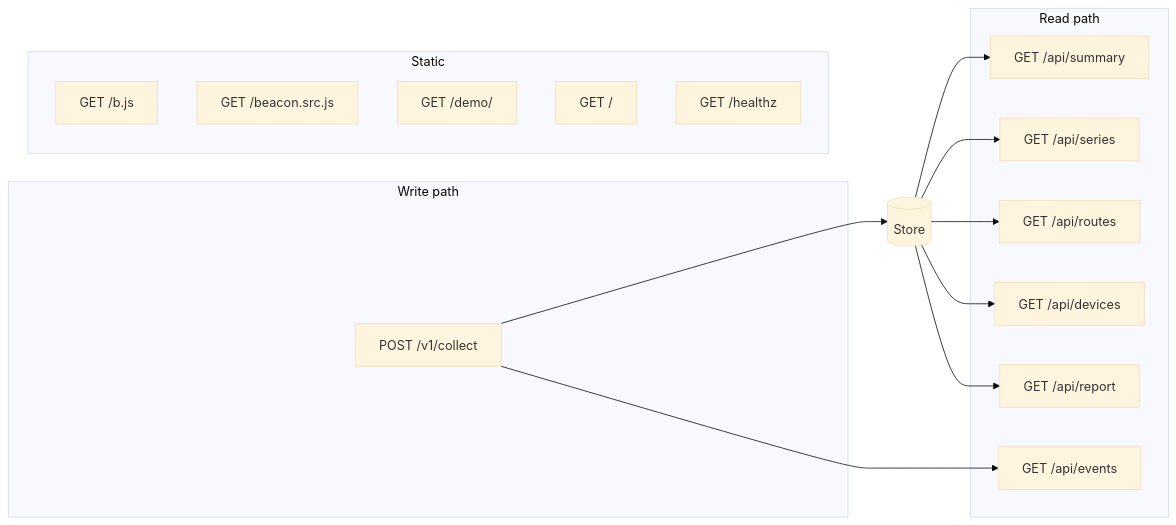
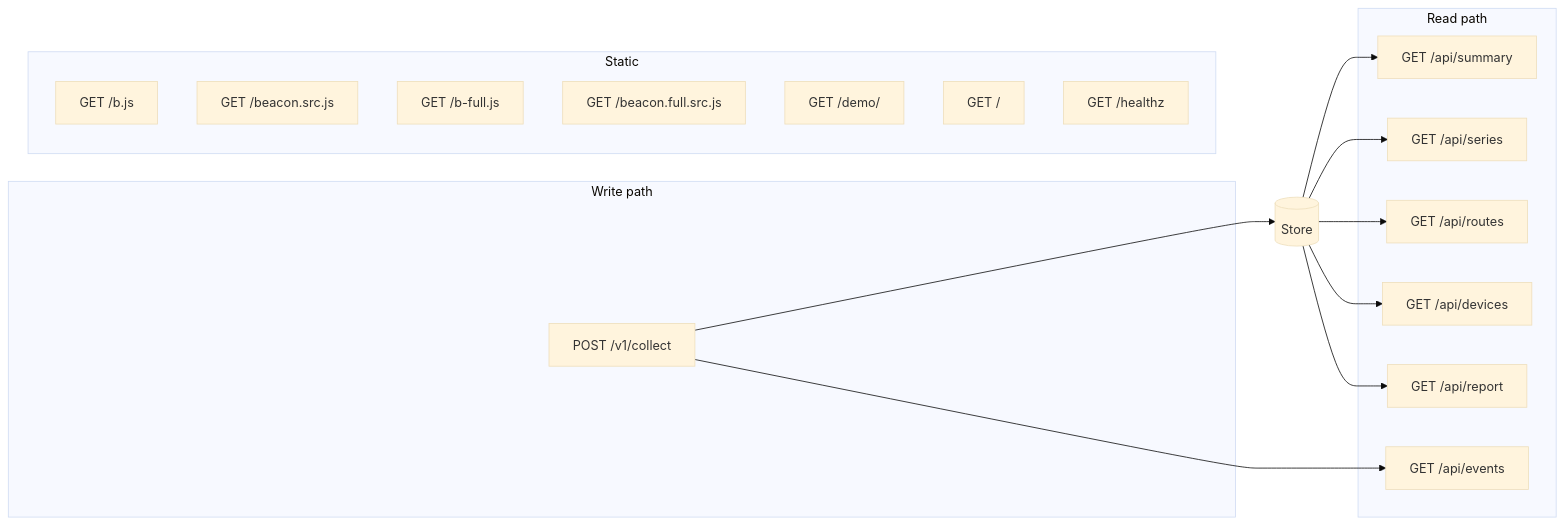
Before and after one commit to ikeshavvarshney/vitals: the diagram in docs/api.md, drawn with Mermaid (base theme). The commit also changed other lines of this file and 6 other files, not shown here.

````diff
--- a/docs/api.md
+++ b/docs/api.md
@@ -26,29 +28,31 @@
 ```mermaid
 flowchart LR
     subgraph write["Write path"]
         collect["POST /v1/collect"]
     end
     subgraph read["Read path"]
         summary["GET /api/summary"]
         series["GET /api/series"]
         routes["GET /api/routes"]
         devices["GET /api/devices"]
         report["GET /api/report"]
         events["GET /api/events"]
     end
     subgraph assets["Static"]
         bjs["GET /b.js"]
         src["GET /beacon.src.js"]
+        bfull["GET /b-full.js"]
+        fsrc["GET /beacon.full.src.js"]
         demo["GET /demo/"]
         root["GET /"]
         health["GET /healthz"]
     end
 
     collect --> store[("Store")]
     store --> summary
     store --> series
     store --> routes
     store --> devices
     store --> report
     collect --> events
 ```
````
